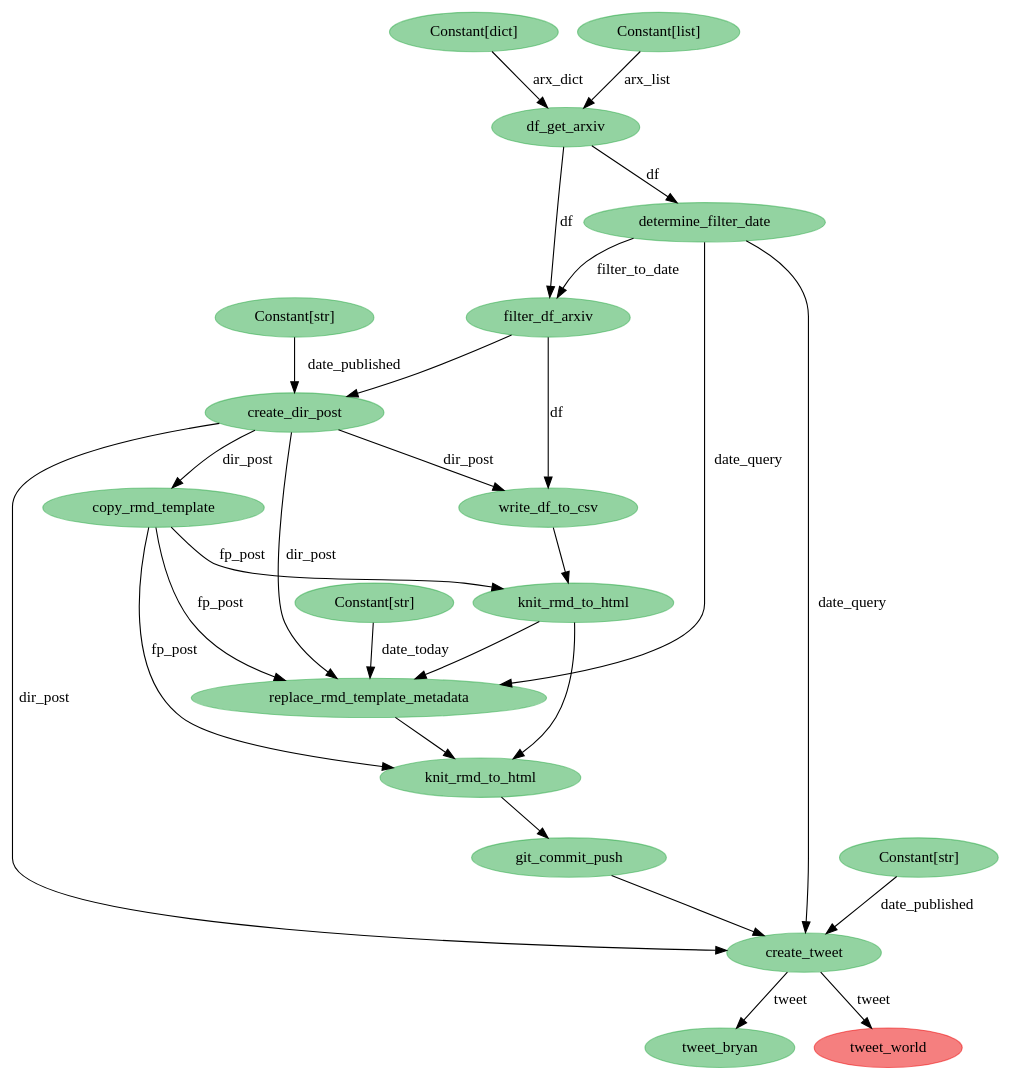
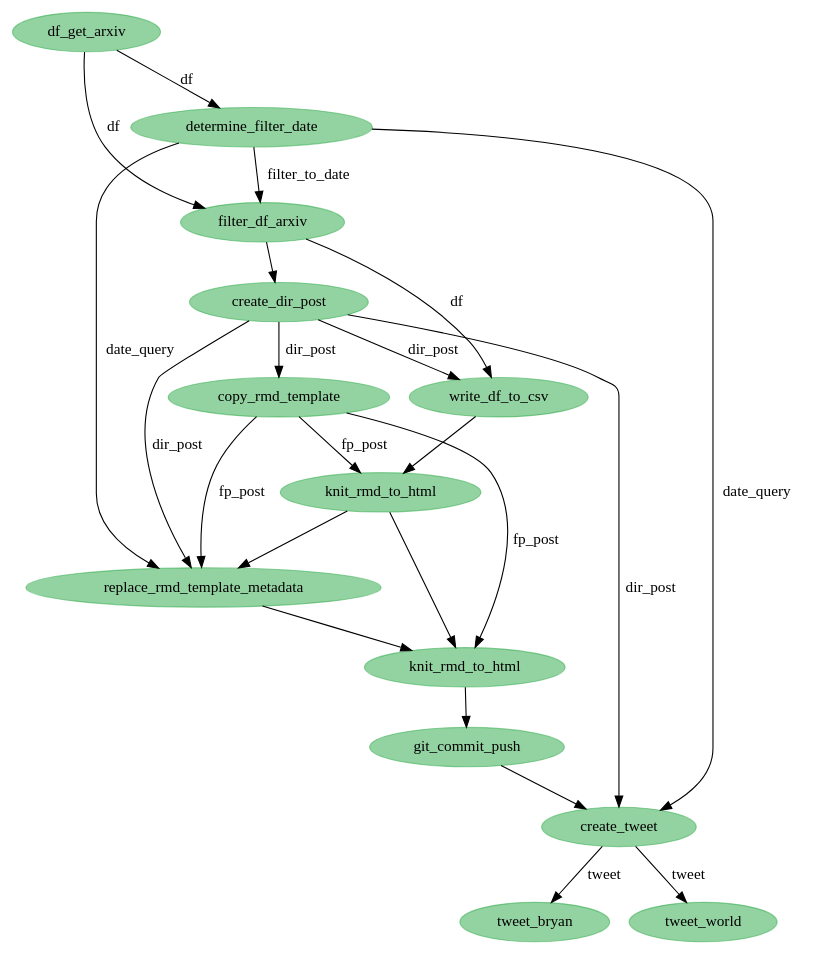
The diagram in python/state-viz.dot (bryanwhiting/ds-arxiv), drawn with Graphviz before and after one commit. The commit also changed 7 other files, not shown here.

```diff
--- a/python/state-viz.dot
+++ b/python/state-viz.dot
@@ -1,47 +1,37 @@
 digraph {
-	4648257040 [label=knit_rmd_to_html color="#28a74580" colorscheme=svg shape=ellipse style=filled]
-	4648258064 [label=tweet_bryan color="#28a74580" colorscheme=svg shape=ellipse style=filled]
-	4648258256 [label=tweet_world color="#eb000080" colorscheme=svg shape=ellipse style=filled]
-	4648257360 [label=git_commit_push color="#28a74580" colorscheme=svg shape=ellipse style=filled]
-	4648256400 [label=replace_rmd_template_metadata color="#28a74580" colorscheme=svg shape=ellipse style=filled]
-	4648256464 [label="Constant[str]" color="#28a74580" colorscheme=svg shape=ellipse style=filled]
-	4648217296 [label=df_get_arxiv color="#28a74580" colorscheme=svg shape=ellipse style=filled]
-	4648217104 [label="Constant[dict]" color="#28a74580" colorscheme=svg shape=ellipse style=filled]
-	4648217808 [label=filter_df_arxiv color="#28a74580" colorscheme=svg shape=ellipse style=filled]
-	4648216976 [label="Constant[list]" color="#28a74580" colorscheme=svg shape=ellipse style=filled]
-	4648217552 [label=determine_filter_date color="#28a74580" colorscheme=svg shape=ellipse style=filled]
-	4648217936 [label=create_dir_post color="#28a74580" colorscheme=svg shape=ellipse style=filled]
-	4648218576 [label="Constant[str]" color="#28a74580" colorscheme=svg shape=ellipse style=filled]
-	4648255824 [label=write_df_to_csv color="#28a74580" colorscheme=svg shape=ellipse style=filled]
-	4648255952 [label=copy_rmd_template color="#28a74580" colorscheme=svg shape=ellipse style=filled]
-	4648256144 [label=knit_rmd_to_html color="#28a74580" colorscheme=svg shape=ellipse style=filled]
-	4648257616 [label=create_tweet color="#28a74580" colorscheme=svg shape=ellipse style=filled]
-	4648257680 [label="Constant[str]" color="#28a74580" colorscheme=svg shape=ellipse style=filled]
-	4648255952 -> 4648256144 [label=fp_post]
-	4648255952 -> 4648256400 [label=fp_post]
-	4648255952 -> 4648257040 [label=fp_post]
-	4648217936 -> 4648255952 [label=dir_post]
-	4648217936 -> 4648255824 [label=dir_post]
-	4648217936 -> 4648257616 [label=dir_post]
-	4648217552 -> 4648257616 [label=date_query]
-	4648257680 -> 4648257616 [label=date_published]
-	4648216976 -> 4648217296 [label=arx_list]
-	4648257616 -> 4648258256 [label=tweet]
-	4648255824 -> 4648256144
-	4648217104 -> 4648217296 [label=arx_dict]
-	4648257040 -> 4648257360
-	4648256464 -> 4648256400 [label=date_today]
-	4648217552 -> 4648217808 [label=filter_to_date]
-	4648217936 -> 4648256400 [label=dir_post]
-	4648217296 -> 4648217552 [label=df]
-	4648217296 -> 4648217808 [label=df]
-	4648217808 -> 4648255824 [label=df]
-	4648217552 -> 4648256400 [label=date_query]
-	4648218576 -> 4648217936 [label=date_published]
-	4648257616 -> 4648258064 [label=tweet]
-	4648217808 -> 4648217936
-	4648256144 -> 4648256400
-	4648256144 -> 4648257040
-	4648256400 -> 4648257040
-	4648257360 -> 4648257616
+	4631693840 [label=tweet_bryan color="#28a74580" colorscheme=svg shape=ellipse style=filled]
+	4631692944 [label=create_tweet color="#28a74580" colorscheme=svg shape=ellipse style=filled]
+	4631694096 [label=tweet_world color="#28a74580" colorscheme=svg shape=ellipse style=filled]
+	4631621520 [label=df_get_arxiv color="#28a74580" colorscheme=svg shape=ellipse style=filled]
+	4631667216 [label=create_dir_post color="#28a74580" colorscheme=svg shape=ellipse style=filled]
+	4631667728 [label=write_df_to_csv color="#28a74580" colorscheme=svg shape=ellipse style=filled]
+	4631621264 [label=filter_df_arxiv color="#28a74580" colorscheme=svg shape=ellipse style=filled]
+	4631621072 [label=determine_filter_date color="#28a74580" colorscheme=svg shape=ellipse style=filled]
+	4631668688 [label=copy_rmd_template color="#28a74580" colorscheme=svg shape=ellipse style=filled]
+	4631668944 [label=knit_rmd_to_html color="#28a74580" colorscheme=svg shape=ellipse style=filled]
+	4631669648 [label=replace_rmd_template_metadata color="#28a74580" colorscheme=svg shape=ellipse style=filled]
+	4631691408 [label=knit_rmd_to_html color="#28a74580" colorscheme=svg shape=ellipse style=filled]
+	4631692304 [label=git_commit_push color="#28a74580" colorscheme=svg shape=ellipse style=filled]
+	4631668688 -> 4631691408 [label=fp_post]
+	4631621520 -> 4631621264 [label=df]
+	4631667216 -> 4631667728 [label=dir_post]
+	4631667216 -> 4631669648 [label=dir_post]
+	4631667216 -> 4631692944 [label=dir_post]
+	4631667728 -> 4631668944
+	4631668944 -> 4631669648
+	4631668944 -> 4631691408
+	4631668688 -> 4631668944 [label=fp_post]
+	4631621072 -> 4631621264 [label=filter_to_date]
+	4631621520 -> 4631621072 [label=df]
+	4631621072 -> 4631669648 [label=date_query]
+	4631621072 -> 4631692944 [label=date_query]
+	4631667216 -> 4631668688 [label=dir_post]
+	4631621264 -> 4631667216
+	4631669648 -> 4631691408
+	4631691408 -> 4631692304
+	4631692304 -> 4631692944
+	4631692944 -> 4631693840 [label=tweet]
+	4631692944 -> 4631694096 [label=tweet]
+	4631668688 -> 4631669648 [label=fp_post]
+	4631621264 -> 4631667728 [label=df]
 }
```
